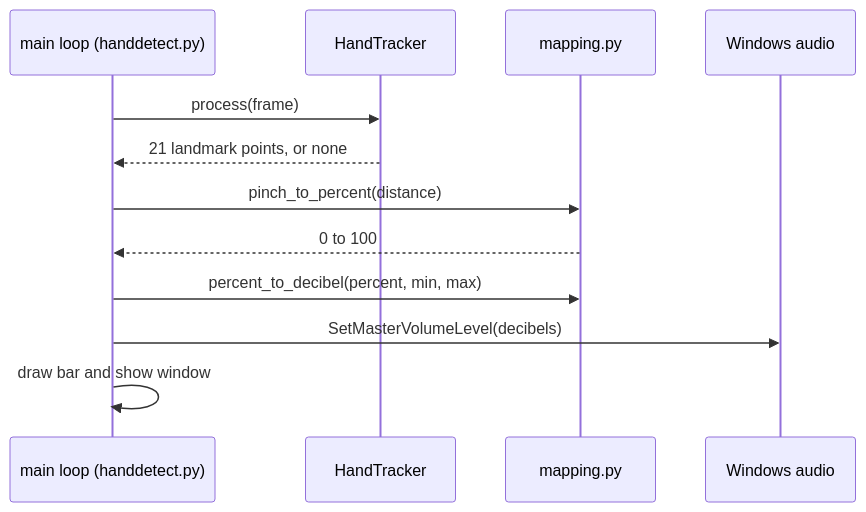
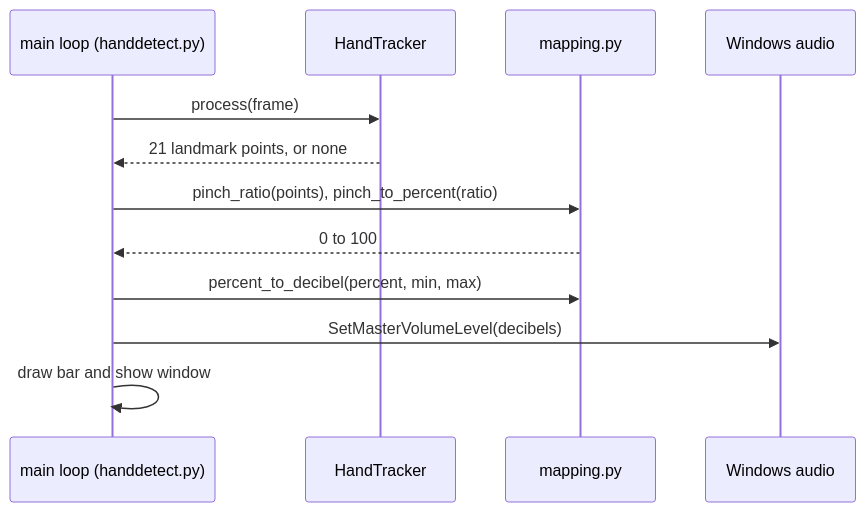
The second of 2 diagrams in README.md (A-RYAN-1/hand-gesture-volume-control), drawn with Mermaid before and after one commit. The commit also changed other lines of this file and 6 other files, not shown here.

First line of the commit message:
Normalise the pinch distance by hand size (#1)

````diff
--- a/README.md
+++ b/README.md
@@ -103,14 +103,14 @@
 ```mermaid
 sequenceDiagram
     participant L as main loop (handdetect.py)
     participant T as HandTracker
     participant M as mapping.py
     participant A as Windows audio
     L->>T: process(frame)
     T-->>L: 21 landmark points, or none
-    L->>M: pinch_to_percent(distance)
+    L->>M: pinch_ratio(points), pinch_to_percent(ratio)
     M-->>L: 0 to 100
     L->>M: percent_to_decibel(percent, min, max)
     L->>A: SetMasterVolumeLevel(decibels)
     L->>L: draw bar and show window
 ```
````
